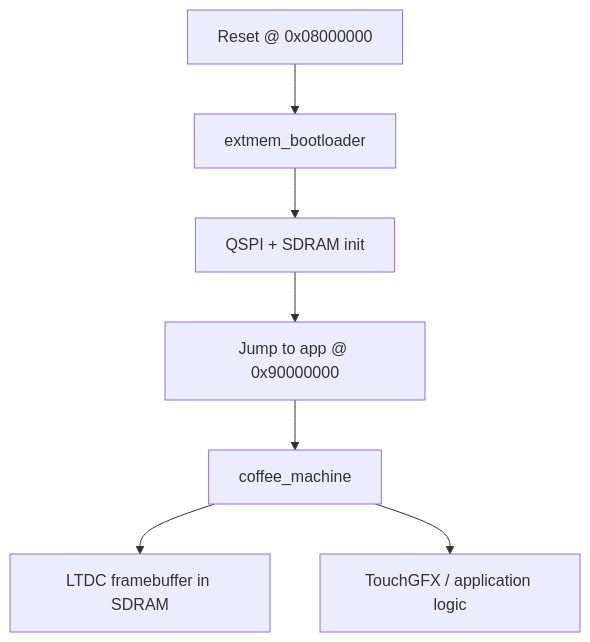
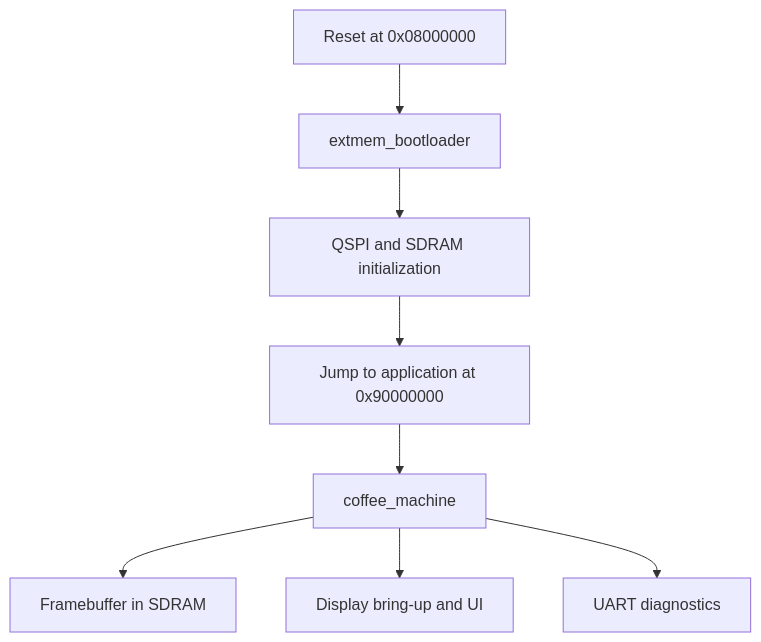
One commit to embmike/coffe_machine changed the diagram in README.md. Above: the diagram before and after it, drawn with Mermaid. The commit also changed other lines of this file, not shown here.

````diff
--- a/README.md
+++ b/README.md
@@ -24,10 +95,10 @@
 ```mermaid
 flowchart TD
-    A["Reset @ 0x08000000"]
-    A --> B["extmem_bootloader"]
-    B --> C["QSPI + SDRAM init"]
-    C --> D["Jump to app @ 0x90000000"]
+    A["Reset at 0x08000000"] --> B["extmem_bootloader"]
+    B --> C["QSPI and SDRAM initialization"]
+    C --> D["Jump to application at 0x90000000"]
     D --> E["coffee_machine"]
-    E --> F["LTDC framebuffer in SDRAM"]
-    E --> G["TouchGFX / application logic"]
+    E --> F["Framebuffer in SDRAM"]
+    E --> G["Display bring-up and UI"]
+    E --> H["UART diagnostics"]
 ```
````
